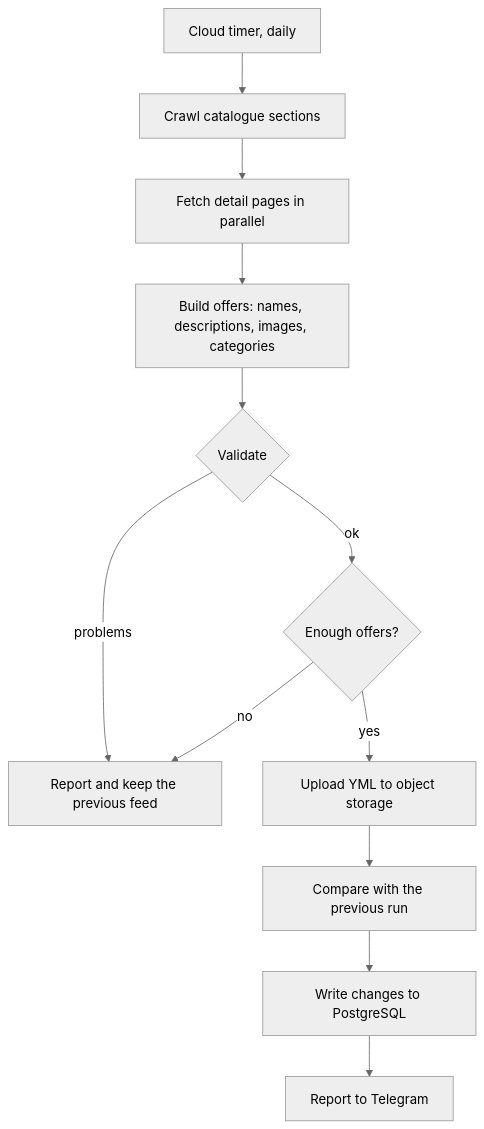
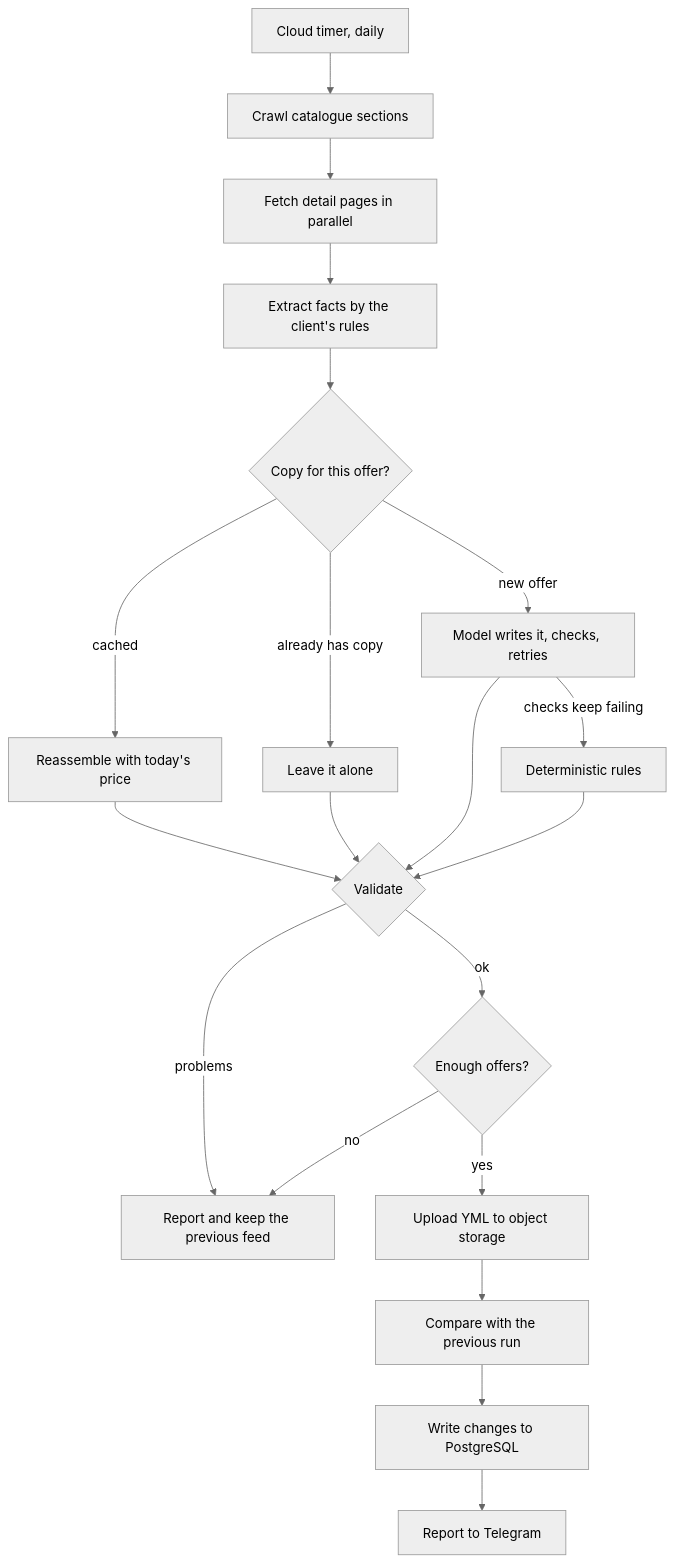
Before and after one commit to harl95van-cpu/ad-feed-robot: the diagram in README.md, drawn with Mermaid (neutral theme). The commit also changed other lines of this file and 30 other files, not shown here.

First line of the commit message:
Write ad copy with a language model, keep the facts deterministic

````diff
--- a/README.md
+++ b/README.md
@@ -28,14 +36,22 @@
 ```mermaid
 flowchart TD
     T[Cloud timer, daily] --> C[Crawl catalogue sections]
     C --> D[Fetch detail pages in parallel]
-    D --> B[Build offers: names, descriptions, images, categories]
-    B --> V{Validate}
+    D --> F[Extract facts by the client's rules]
+    F --> W{Copy for this offer?}
+    W -- cached --> A[Reassemble with today's price]
+    W -- already has copy --> K[Leave it alone]
+    W -- new offer --> M[Model writes it, checks, retries]
+    M -- checks keep failing --> L[Deterministic rules]
+    A --> V{Validate}
+    K --> V
+    M --> V
+    L --> V
     V -- problems --> N[Report and keep the previous feed]
     V -- ok --> G{Enough offers?}
     G -- no --> N
     G -- yes --> U[Upload YML to object storage]
     U --> S[Compare with the previous run]
     S --> H[Write changes to PostgreSQL]
     H --> R[Report to Telegram]
 ```
````
